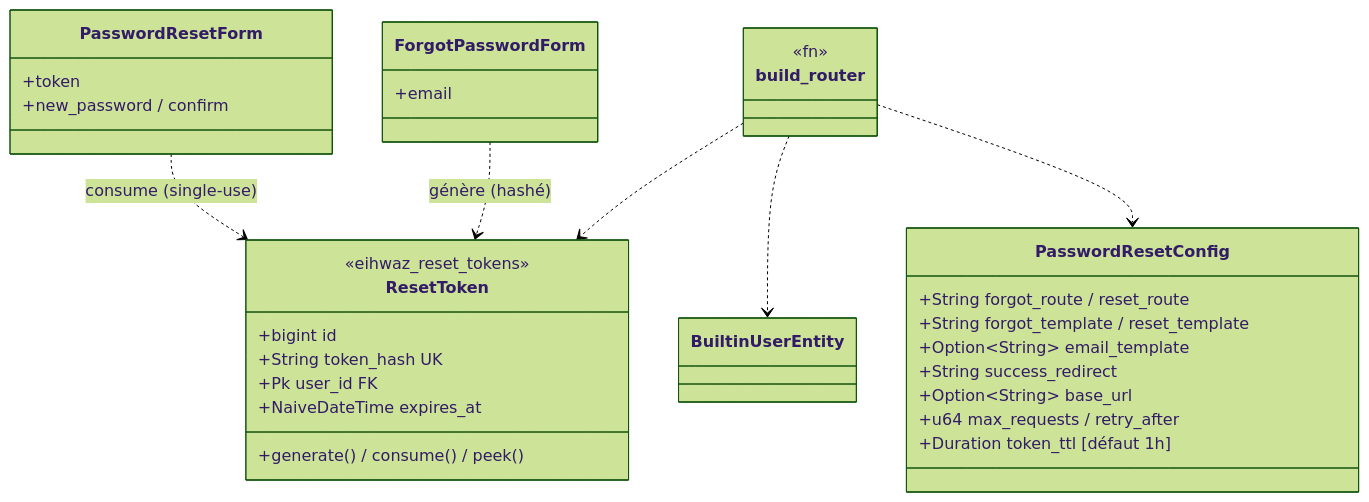
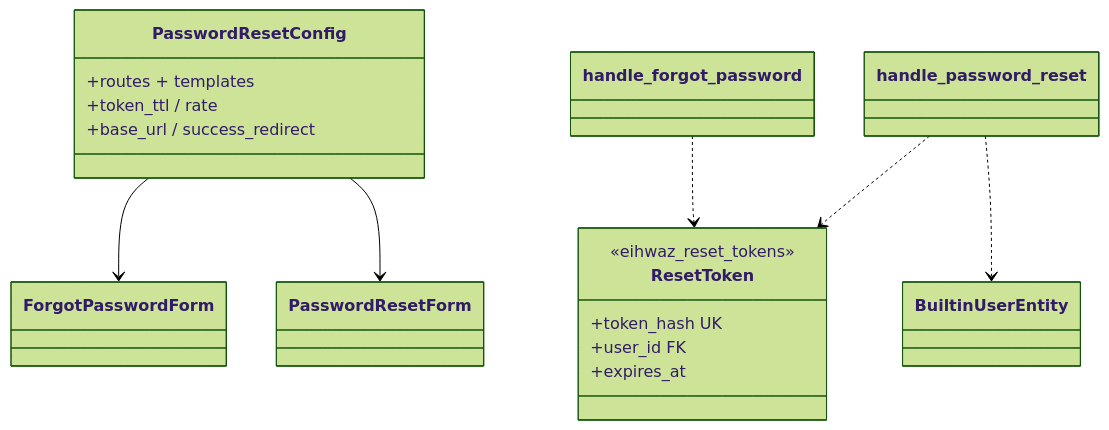
One commit to seb-alliot/runique changed the fifth of 6 diagrams in diagramme/uml/auth/authentification.md. Above: the diagram before and after it, drawn with Mermaid (forest theme). The commit also changed other lines of this file and 36 other files, not shown here.

````diff
--- a/diagramme/uml/auth/authentification.md
+++ b/diagramme/uml/auth/authentification.md
@@ -50,35 +137,23 @@
 ```mermaid
 classDiagram
     class PasswordResetConfig {
-        +String forgot_route / reset_route
-        +String forgot_template / reset_template
-        +Option~String~ email_template
-        +String success_redirect
-        +Option~String~ base_url
-        +u64 max_requests / retry_after
-        +Duration token_ttl [défaut 1h]
+        +routes + templates
+        +token_ttl / rate
+        +base_url / success_redirect
     }
-    class ForgotPasswordForm {
-        +email
-    }
-    class PasswordResetForm {
-        +token
-        +new_password / confirm
-    }
+    class ForgotPasswordForm
+    class PasswordResetForm
     class ResetToken {
         <<eihwaz_reset_tokens>>
-        +bigint id
-        +String token_hash UK
-        +Pk user_id FK
-        +NaiveDateTime expires_at
-        +generate() / consume() / peek()
+        +token_hash UK
+        +user_id FK
+        +expires_at
     }
-    class build_router {
-        <<fn>>
-    }
-    build_router ..> BuiltinUserEntity
-    build_router ..> PasswordResetConfig
-    build_router ..> ResetToken
-    ForgotPasswordForm ..> ResetToken : génère (hashé)
-    PasswordResetForm ..> ResetToken : consume (single-use)
+    class handle_forgot_password
+    class handle_password_reset
+    PasswordResetConfig --> ForgotPasswordForm
+    PasswordResetConfig --> PasswordResetForm
+    handle_forgot_password ..> ResetToken
+    handle_password_reset ..> ResetToken
+    handle_password_reset ..> BuiltinUserEntity
 ```
````
